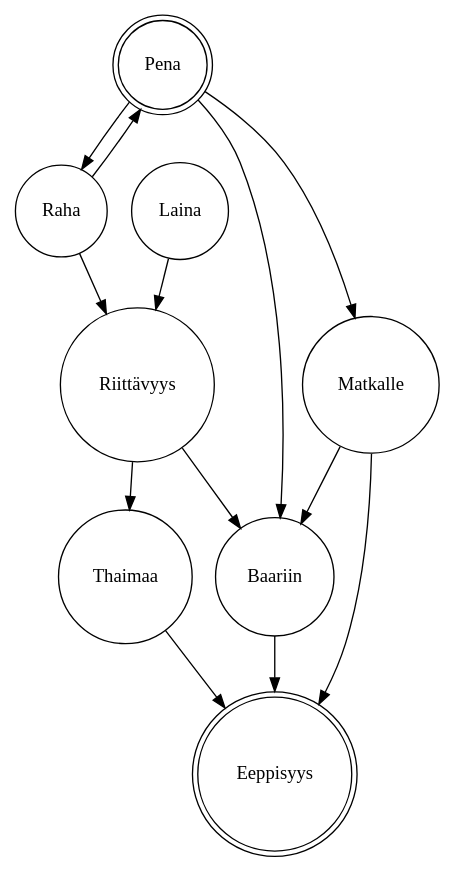
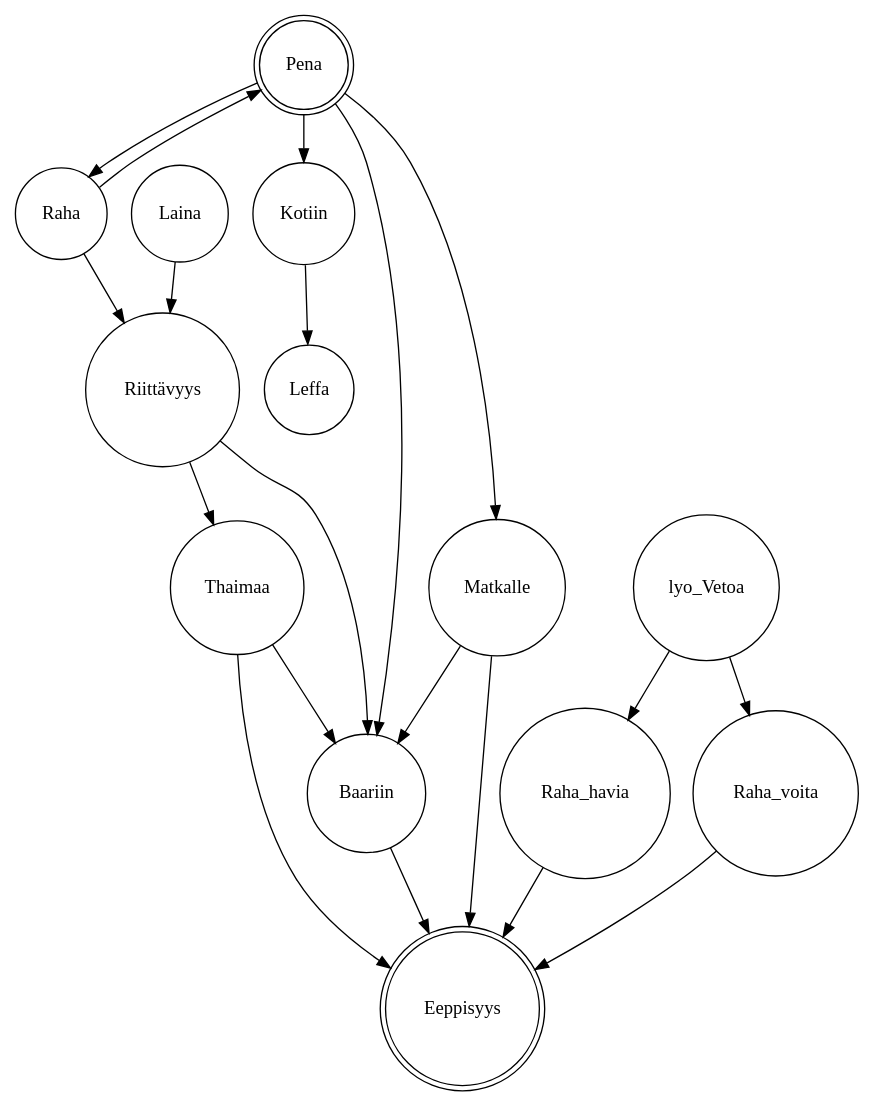
Before and after one commit to Dragonius/Pena_Java: the diagram in Graphiz.dot, drawn with Graphviz.

```diff
--- a/Graphiz.dot
+++ b/Graphiz.dot
@@ -1,20 +1,24 @@
 digraph finite_state_machine {
 rankdir=Pena;
-node [shape = doublecircle]; 
-Pena; 
-Eeppisyys;
+node [shape = doublecircle]; Pena; Eeppisyys;
 node [shape = circle];
 	Pena -> Raha;
+	Pena -> Kotiin;
 	Pena -> Baariin;
 	Pena -> Matkalle;
+	Kotiin -> Leffa;
 	Raha -> Pena;
 	Raha -> Riittävyys;
+	lyo_Vetoa -> Raha_havia;
+	lyo_Vetoa -> Raha_voita;
+	Raha_havia -> Eeppisyys;
+	Raha_voita -> Eeppisyys;
 	Laina -> Riittävyys;
 	Matkalle -> Baariin;
 	Matkalle -> Eeppisyys;
 	Riittävyys -> Baariin;
 	Riittävyys -> Thaimaa;
+	Baariin -> Eeppisyys;
+	Thaimaa -> Baariin;
 	Thaimaa -> Eeppisyys;
-	Baariin -> Eeppisyys;
-
 }
```
